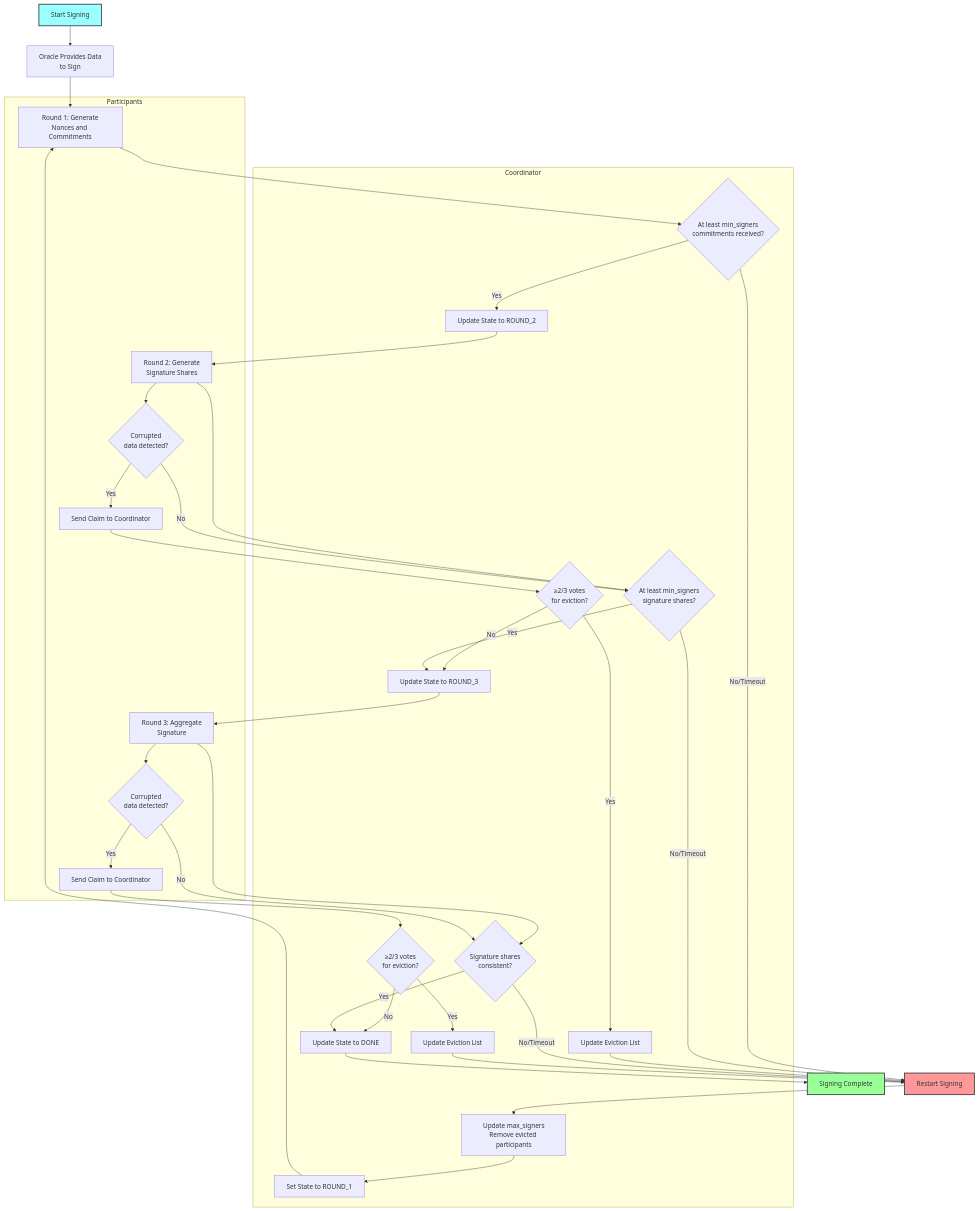
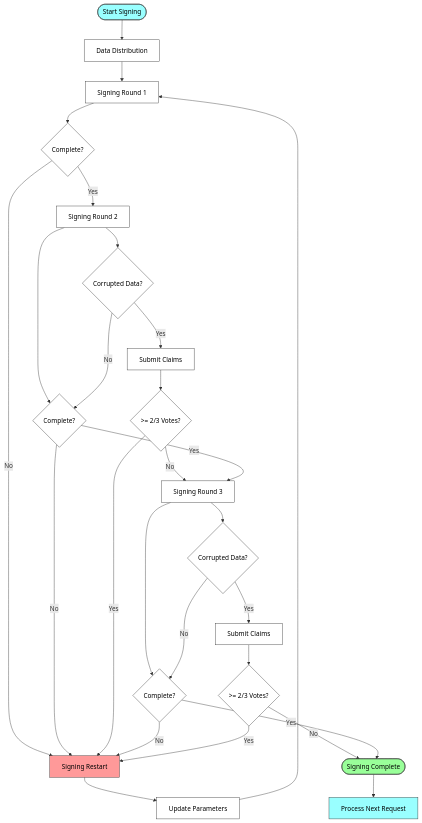
The tenth of 12 diagrams in oracle/Oracle.md (RSquad/ton-teleport-btc-periphery), drawn with Mermaid before and after one commit. The commit also changed other lines of this file, not shown here.

Commit message:
Update Oracle.md to replace instances of "Secret" with "SecretShare" for consistency in terminology. Clarified the roles of Oracles in the DKG and Signing processes, and refined the descriptions of the signing rounds and their prerequisites. Enhanced overall clarity and accuracy of the document.

````diff
--- a/oracle/Oracle.md
+++ b/oracle/Oracle.md
@@ -376,71 +520,48 @@
 ```mermaid
-flowchart TD
-    Start[Start Signing] --> OracleProvides[Oracle Provides Data<br>to Sign]
-    OracleProvides --> Round1[Round 1: Generate<br>Nonces and Commitments]
+flowchart TB
+    Start(["Start Signing"]) --> Setup["Data Distribution"]
+    Setup --> R1["Signing Round 1"]
+    R1 --> CheckR1{"Complete?"}
+    CheckR1 -- No --> RestartProcess["Signing Restart"]
+    CheckR1 -- Yes --> R2["Signing Round 2"]
+    R2 --> CheckR2{"Complete?"}
+    CheckR2 -- No --> RestartProcess
+    R2 --> CorruptR2{"Corrupted Data?"}
+    CorruptR2 -- Yes --> ClaimR2["Submit Claims"]
+    ClaimR2 --> VoteR2{">= 2/3 Votes?"}
+    VoteR2 -- Yes --> RestartProcess
+    VoteR2 -- No --> R3["Signing Round 3"]
+    CorruptR2 -- No --> CheckR2
+    CheckR2 -- Yes --> R3
+    R3 --> CheckR3{"Complete?"}
+    CheckR3 -- No --> RestartProcess
+    R3 --> CorruptR3{"Corrupted Data?"}
+    CorruptR3 -- Yes --> ClaimR3["Submit Claims"]
+    ClaimR3 --> VoteR3{">= 2/3 Votes?"}
+    VoteR3 -- Yes --> RestartProcess
+    VoteR3 -- No --> Done
+    CorruptR3 -- No --> CheckR3
+    CheckR3 -- Yes --> Done(["Signing Complete"])
+    RestartProcess --> UpdateParams["Update Parameters"]
+    UpdateParams --> R1
+    Done --> NextRequest["Process Next Request"]
 
-    Round1 --> CheckR1{At least min_signers<br>commitments received?}
-    CheckR1 -- No/Timeout --> Restart[Restart Signing]
-    CheckR1 -- Yes --> StateR2[Update State to ROUND_2]
-
-    StateR2 --> Round2[Round 2: Generate<br>Signature Shares]
-    Round2 --> CheckR2{At least min_signers<br>signature shares?}
-    CheckR2 -- No/Timeout --> Restart
-
-    Round2 --> Corrupt2{Corrupted<br>data detected?}
-    Corrupt2 -- Yes --> Claim2[Send Claim to Coordinator]
-    Claim2 --> VoteCheck2{≥2/3 votes<br>for eviction?}
-    VoteCheck2 -- Yes --> UpdateEvict2[Update Eviction List]
-    UpdateEvict2 --> Restart
-    VoteCheck2 -- No --> StateR3
-    Corrupt2 -- No --> CheckR2
-
-    CheckR2 -- Yes --> StateR3[Update State to ROUND_3]
-    StateR3 --> Round3[Round 3: Aggregate<br>Signature]
-
-    Round3 --> CheckR3{Signature shares<br>consistent?}
-    CheckR3 -- No/Timeout --> Restart
-
-    Round3 --> Corrupt3{Corrupted<br>data detected?}
-    Corrupt3 -- Yes --> Claim3[Send Claim to Coordinator]
-    Claim3 --> VoteCheck3{≥2/3 votes<br>for eviction?}
-    VoteCheck3 -- Yes --> UpdateEvict3[Update Eviction List]
-    UpdateEvict3 --> Restart
-    VoteCheck3 -- No --> StateDone
-    Corrupt3 -- No --> CheckR3
-
-    CheckR3 -- Yes --> StateDone[Update State to DONE]
-    StateDone --> Complete[Signing Complete]
-
-    Restart --> UpdateMaxSigners[Update max_signers<br>Remove evicted participants]
-    UpdateMaxSigners --> StateR1[Set State to ROUND_1]
-    StateR1 --> Round1
-
-    subgraph "Coordinator"
-        StateR1
-        StateR2
-        StateR3
-        StateDone
-        UpdateEvict2
-        UpdateEvict3
-        UpdateMaxSigners
-        VoteCheck2
-        VoteCheck3
-        CheckR1
-        CheckR2
-        CheckR3
-    end
-
-    subgraph "Participants"
-        Round1
-        Round2
-        Round3
-        Corrupt2
-        Corrupt3
-        Claim2
-        Claim3
-    end
-
-    style Start fill:#9ff,stroke:#333,stroke-width:2px
-    style Complete fill:#9f9,stroke:#333,stroke-width:2px
-    style Restart fill:#f99,stroke:#333,stroke-width:2px
+    style Start fill:#9ff, stroke:#333, color:#000
+    style Done fill:#9f9, stroke:#333, color:#000
+    style RestartProcess fill:#f99, stroke:#333, color:#000
+    style NextRequest fill:#9ff, stroke:#333, color:#000
+    style R1 fill:#fff, stroke:#333, color:#000
+    style R2 fill:#fff, stroke:#333, color:#000
+    style R3 fill:#fff, stroke:#333, color:#000
+    style Setup fill:#fff, stroke:#333, color:#000
+    style CheckR1 fill:#fff, stroke:#333, color:#000
+    style CheckR2 fill:#fff, stroke:#333, color:#000
+    style CheckR3 fill:#fff, stroke:#333, color:#000
+    style CorruptR2 fill:#fff, stroke:#333, color:#000
+    style CorruptR3 fill:#fff, stroke:#333, color:#000
+    style ClaimR2 fill:#fff, stroke:#333, color:#000
+    style ClaimR3 fill:#fff, stroke:#333, color:#000
+    style VoteR2 fill:#fff, stroke:#333, color:#000
+    style VoteR3 fill:#fff, stroke:#333, color:#000
+    style UpdateParams fill:#fff, stroke:#333, color:#000
 ```
````
